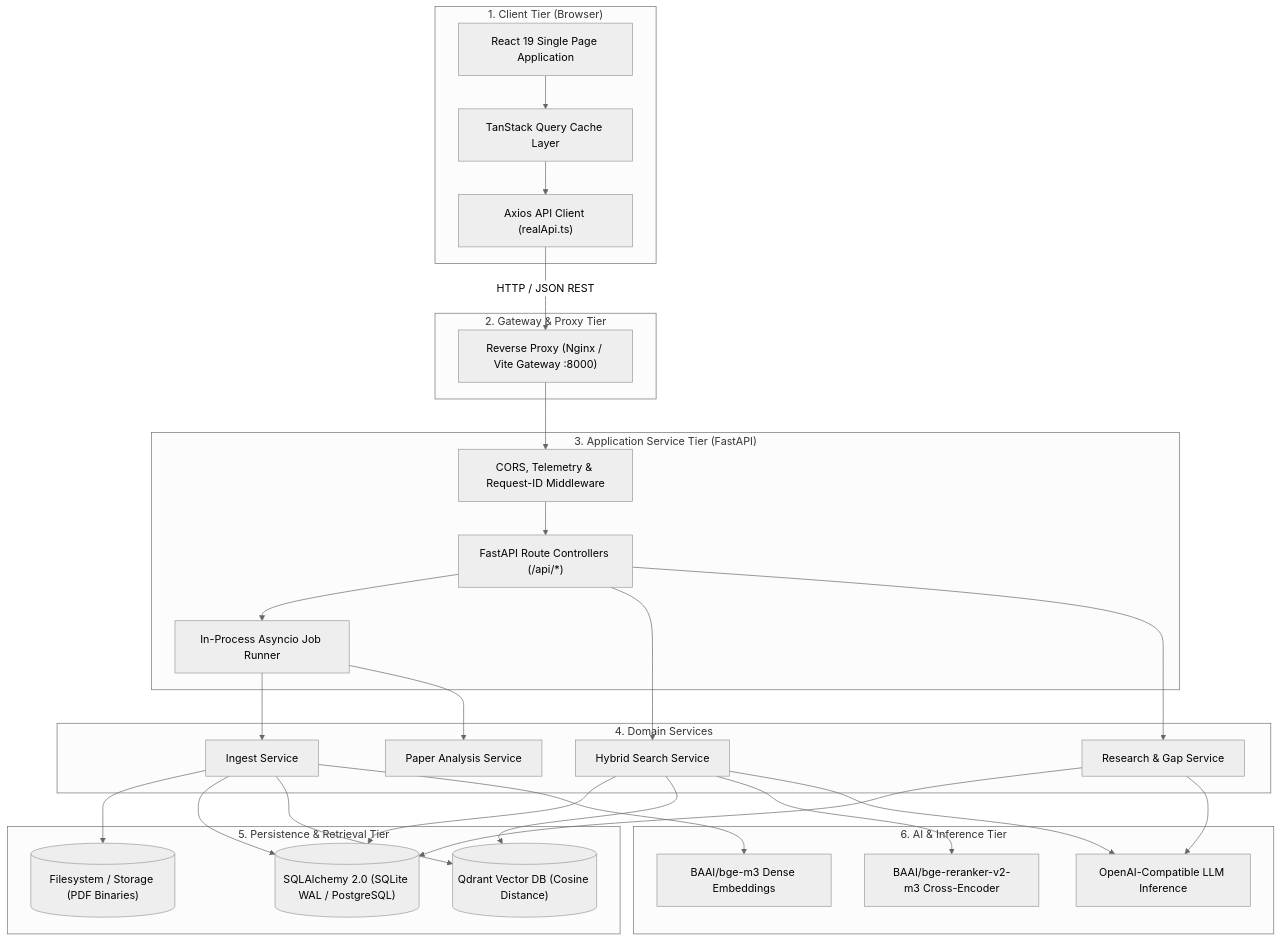
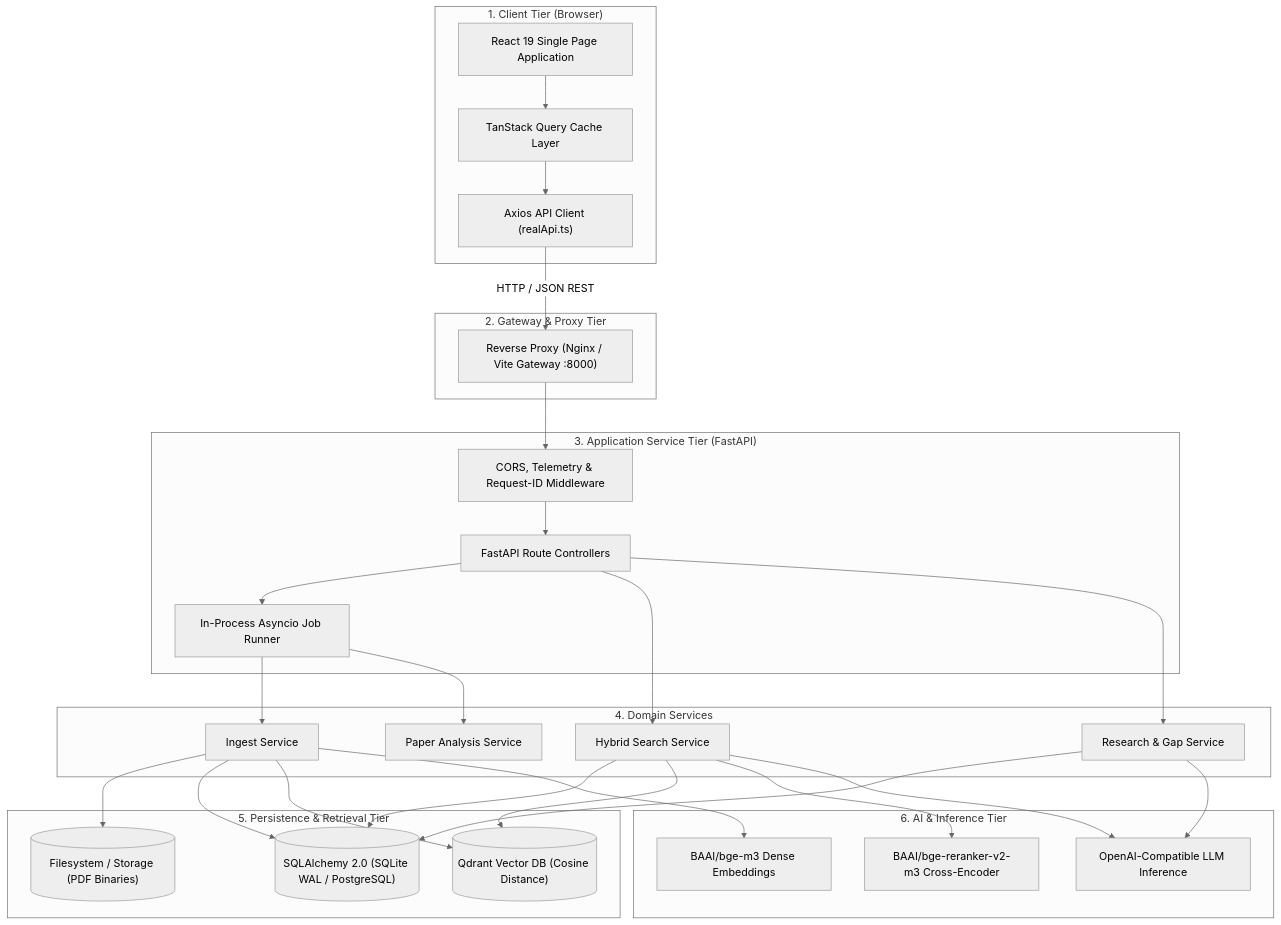
The first of 6 diagrams in SYSTEMARCHITECTURE.md (def-hrithik/AI_Research_Gap_Finder), drawn with Mermaid (neutral theme) before and after one commit. The commit also changed other lines of this file and 2 other files, not shown here.

Commit message:
docs(diagrams): fix GitHub Mermaid sequence parse errors

````diff
--- a/SYSTEMARCHITECTURE.md
+++ b/SYSTEMARCHITECTURE.md
@@ -49,59 +49,59 @@
 ```mermaid
 graph TD
     subgraph ClientTier ["1. Client Tier (Browser)"]
         SPA["React 19 Single Page Application"]
         QueryCache["TanStack Query Cache Layer"]
         HttpService["Axios API Client (realApi.ts)"]
         SPA --> QueryCache --> HttpService
     end
 
     subgraph GatewayTier ["2. Gateway & Proxy Tier"]
         NginxProxy["Reverse Proxy (Nginx / Vite Gateway :8000)"]
         HttpService -->|HTTP / JSON REST| NginxProxy
     end
 
     subgraph ServiceTier ["3. Application Service Tier (FastAPI)"]
-        Controllers["FastAPI Route Controllers (/api/*)"]
+        Controllers["FastAPI Route Controllers"]
         Middleware["CORS, Telemetry & Request-ID Middleware"]
         JobManager["In-Process Asyncio Job Runner"]
         
         NginxProxy --> Middleware --> Controllers
         Controllers --> JobManager
     end
 
     subgraph EngineTier ["4. Domain Services"]
         Ingestion["Ingest Service"]
         Search["Hybrid Search Service"]
         Synthesis["Research & Gap Service"]
         Analysis["Paper Analysis Service"]
 
         Controllers --> Search
         Controllers --> Synthesis
         JobManager --> Ingestion
         JobManager --> Analysis
     end
 
     subgraph PersistenceTier ["5. Persistence & Retrieval Tier"]
         RDBMS[("SQLAlchemy 2.0 (SQLite WAL / PostgreSQL)")]
         VectorDB[("Qdrant Vector DB (Cosine Distance)")]
         BlobStore[("Filesystem / Storage (PDF Binaries)")]
 
         Ingestion --> BlobStore
         Ingestion --> RDBMS
         Ingestion --> VectorDB
         Search --> RDBMS
         Search --> VectorDB
         Synthesis --> RDBMS
     end
 
     subgraph InferenceTier ["6. AI & Inference Tier"]
         BGE_Embed["BAAI/bge-m3 Dense Embeddings"]
         BGE_Rerank["BAAI/bge-reranker-v2-m3 Cross-Encoder"]
         LLM["OpenAI-Compatible LLM Inference"]
 
         Ingestion --> BGE_Embed
         Search --> BGE_Rerank
         Search --> LLM
         Synthesis --> LLM
     end
 ```
````
